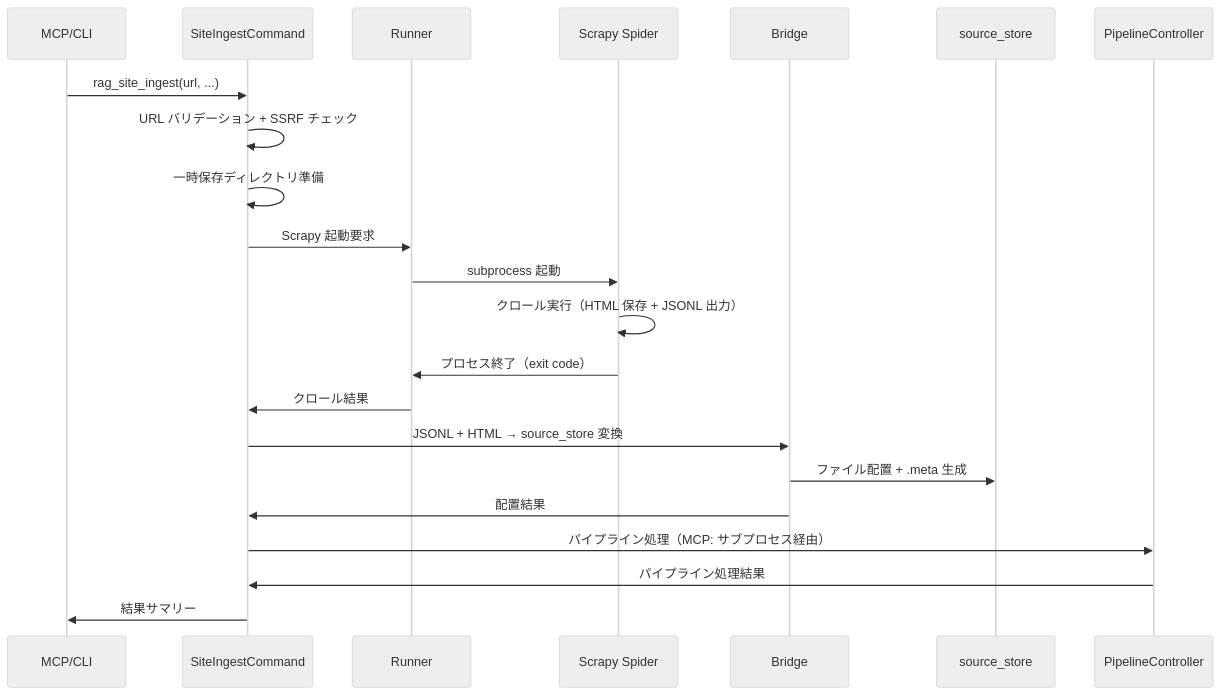
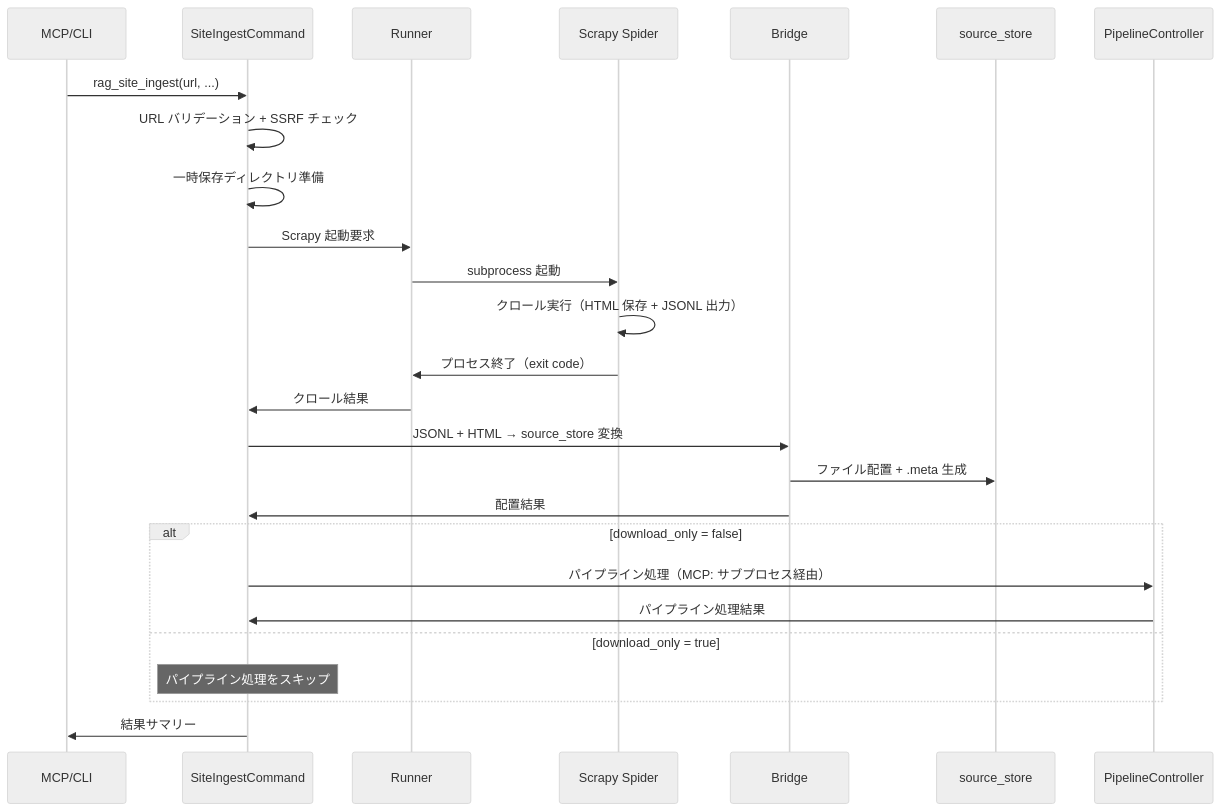
One commit to becky3/rag-knowledge changed the second of 2 diagrams in docs/specs/site-ingest.md. Above: the diagram before and after it, drawn with Mermaid (neutral theme). The commit also changed other lines of this file and 8 other files, not shown here.

First line of the commit message:
feat(rebuild-stats,site-ingest): MCP 進捗通知 + download_only モード (#326, #322)

````diff
--- a/docs/specs/site-ingest.md
+++ b/docs/specs/site-ingest.md
@@ -340,25 +342,29 @@
 ```mermaid
 sequenceDiagram
     participant USER as MCP/CLI
     participant CMD as SiteIngestCommand
     participant RUNNER as Runner
     participant SPIDER as Scrapy Spider
     participant BRIDGE as Bridge
     participant SS as source_store
     participant PC as PipelineController
 
     USER->>CMD: rag_site_ingest(url, ...)
     CMD->>CMD: URL バリデーション + SSRF チェック
     CMD->>CMD: 一時保存ディレクトリ準備
     CMD->>RUNNER: Scrapy 起動要求
     RUNNER->>SPIDER: subprocess 起動
     SPIDER->>SPIDER: クロール実行（HTML 保存 + JSONL 出力）
     SPIDER->>RUNNER: プロセス終了（exit code）
     RUNNER->>CMD: クロール結果
     CMD->>BRIDGE: JSONL + HTML → source_store 変換
     BRIDGE->>SS: ファイル配置 + .meta 生成
     BRIDGE->>CMD: 配置結果
-    CMD->>PC: パイプライン処理（MCP: サブプロセス経由）
-    PC->>CMD: パイプライン処理結果
+    alt download_only = false
+        CMD->>PC: パイプライン処理（MCP: サブプロセス経由）
+        PC->>CMD: パイプライン処理結果
+    else download_only = true
+        Note over CMD: パイプライン処理をスキップ
+    end
     CMD->>USER: 結果サマリー
 ```
````
